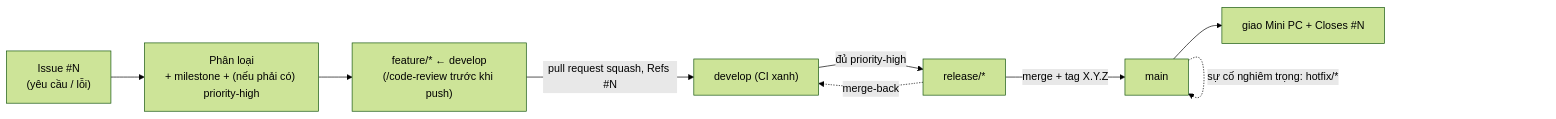
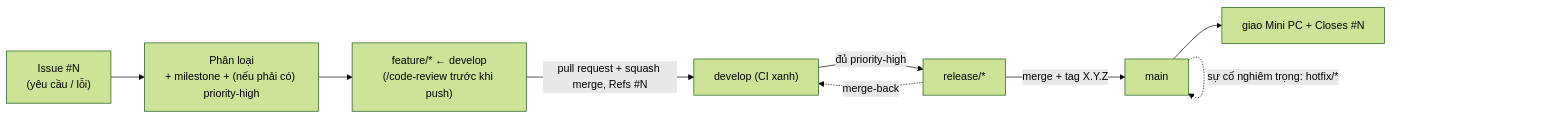
The diagram in docs/HUONG_DAN_SDLC.md (manhcuongdtbk/electric-water-management), drawn with Mermaid (forest theme) before and after one commit. The commit also changed other lines of this file, not shown here.

````diff
--- a/docs/HUONG_DAN_SDLC.md
+++ b/docs/HUONG_DAN_SDLC.md
@@ -32,11 +56,11 @@
 ```mermaid
 flowchart LR
   I["Issue #N<br/>(yêu cầu / lỗi)"] --> T["Phân loại<br/>+ milestone + (nếu phải có) priority-high"]
   T --> F["feature/* ← develop<br/>(/code-review trước khi push)"]
-  F -->|pull request squash, Refs #N| D["develop (CI xanh)"]
-  D -->|đủ priority-high| R["release/*"]
-  R -->|merge + tag X.Y.Z| M["main"]
+  F -->|"pull request + squash merge, Refs #N"| D["develop (CI xanh)"]
+  D -->|"đủ priority-high"| R["release/*"]
+  R -->|"merge + tag X.Y.Z"| M["main"]
   M --> G["giao Mini PC + Closes #N"]
-  R -.->|merge-back| D
-  M -.->|sự cố nghiêm trọng: hotfix/*| M
+  R -.->|"merge-back"| D
+  M -.->|"sự cố nghiêm trọng: hotfix/*"| M
 ```
````
